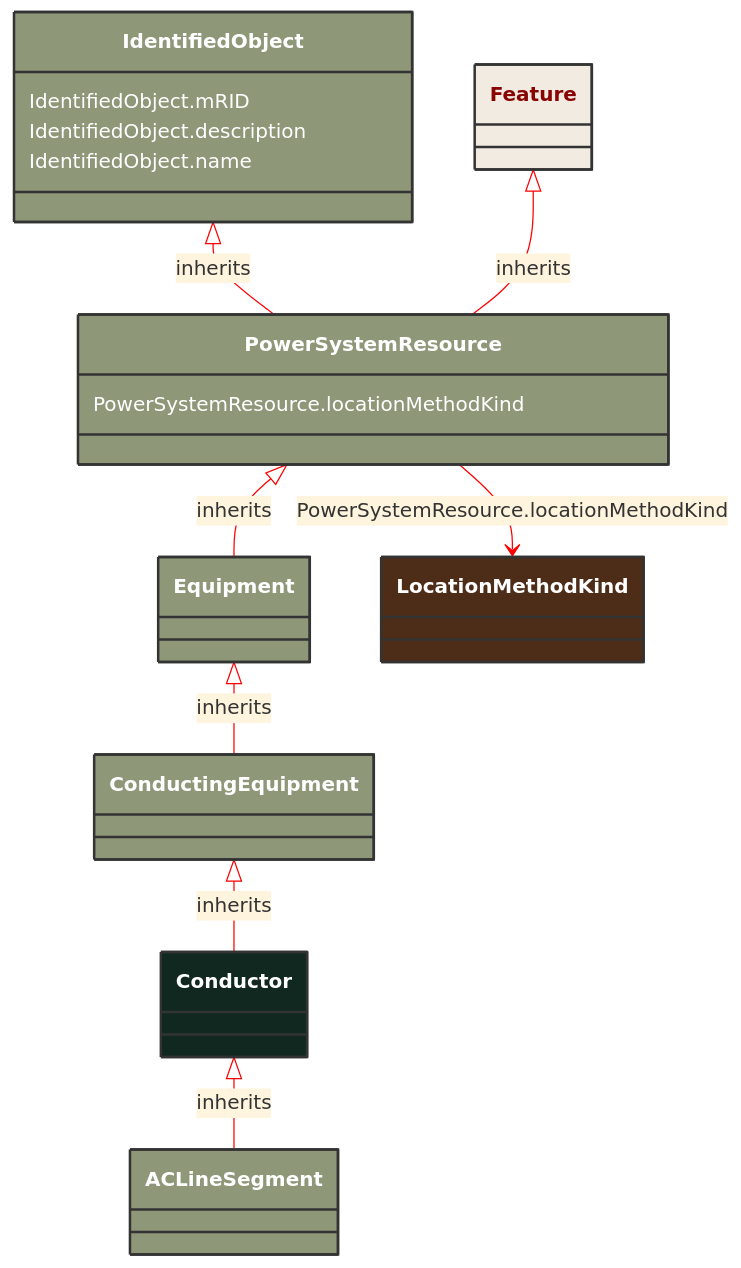
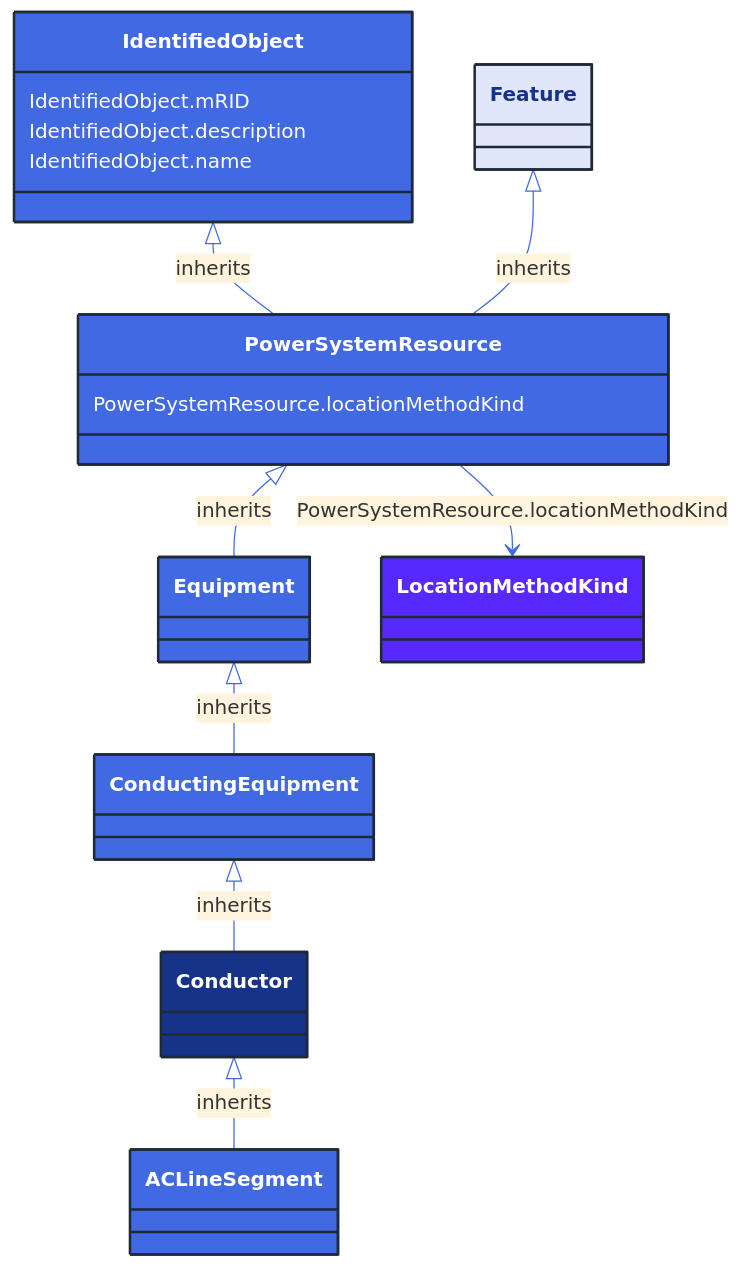
The diagram in docs/Models/Profiles/AviationObstacle/AbstractClasses/Conductor.md (3lbits/NoCIMExtensions), drawn with Mermaid before and after one commit. The commit also changed 362 other files, not shown here.

First line of the commit message:
Update diagrams and styles for improved visual consistency

````diff
--- a/docs/Models/Profiles/AviationObstacle/AbstractClasses/Conductor.md
+++ b/docs/Models/Profiles/AviationObstacle/AbstractClasses/Conductor.md
@@ -10,45 +10,45 @@
 ```mermaid
-%%{init: {'theme':'base','themeVariables': {'lineColor': '#FF0000'}}}%%
+%%{init: {'theme':'base','themeVariables': {'lineColor': '#4169E1'}}}%%
 classDiagram
     class Conductor
     click Conductor href "/Models/Profiles/AviationObstacle/AbstractClasses/Conductor/"
-    style Conductor fill:#102820,stroke:#333,stroke-width:2px,rx:10,ry:10,color:white
+    style Conductor fill:#163289,stroke:#1F2A37,stroke-width:2px,rx:10,ry:10,color:white
 
         Conductor <|-- ACLineSegment : inherits
 
         ACLineSegment
             click ACLineSegment href "/Models/Profiles/AviationObstacle/ConcreteClasses/ACLineSegment/"
-            style ACLineSegment fill:#8F9779,stroke:#333,stroke-width:2px,rx:10,ry:10,color:white
+            style ACLineSegment fill:#4169E1,stroke:#1F2A37,stroke-width:2px,rx:10,ry:10,color:white
      
         ConductingEquipment <|-- Conductor : inherits
             click ConductingEquipment href "/Models/Profiles/AviationObstacle/AbstractClasses/ConductingEquipment/"
-            style ConductingEquipment fill:#8F9779,stroke:#333,stroke-width:2px,rx:10,ry:10,color:white
+            style ConductingEquipment fill:#4169E1,stroke:#1F2A37,stroke-width:2px,rx:10,ry:10,color:white
      
         Equipment <|-- ConductingEquipment : inherits
             click Equipment href "/Models/Profiles/AviationObstacle/AbstractClasses/Equipment/"
-            style Equipment fill:#8F9779,stroke:#333,stroke-width:2px,rx:10,ry:10,color:white
+            style Equipment fill:#4169E1,stroke:#1F2A37,stroke-width:2px,rx:10,ry:10,color:white
      
         PowerSystemResource <|-- Equipment : inherits
             click PowerSystemResource href "/Models/Profiles/AviationObstacle/AbstractClasses/PowerSystemResource/"
-            style PowerSystemResource fill:#8F9779,stroke:#333,stroke-width:2px,rx:10,ry:10,color:white
+            style PowerSystemResource fill:#4169E1,stroke:#1F2A37,stroke-width:2px,rx:10,ry:10,color:white
      
         IdentifiedObject <|-- PowerSystemResource : inherits
             click IdentifiedObject href "/Models/Profiles/AviationObstacle/AbstractClasses/IdentifiedObject/"
-            style IdentifiedObject fill:#8F9779,stroke:#333,stroke-width:2px,rx:10,ry:10,color:white
+            style IdentifiedObject fill:#4169E1,stroke:#1F2A37,stroke-width:2px,rx:10,ry:10,color:white
 
         Feature <|-- PowerSystemResource : inherits
             click Feature href "/Models/Profiles/AviationObstacle/AbstractClasses/Feature/"
-            style Feature fill:#F2EBE2,stroke:#333,stroke-width:2px,rx:10,ry:10,color:#8A0303
+            style Feature fill:#E0E7FA,stroke:#1F2A37,stroke-width:2px,rx:10,ry:10,color:#163289
 
 
         PowerSystemResource --> LocationMethodKind : PowerSystemResource.locationMethodKind
 
         LocationMethodKind
             click LocationMethodKind href "/Models/Profiles/AviationObstacle/Enumerations/LocationMethodKind/"
-            style LocationMethodKind fill:#4D2D18,stroke:#333,stroke-width:2px,rx:10,ry:10,color:white
+            style LocationMethodKind fill:#5729FF,stroke:#1F2A37,stroke-width:2px,rx:10,ry:10,color:white
 
         PowerSystemResource : PowerSystemResource.locationMethodKind
         IdentifiedObject : IdentifiedObject.mRID
         IdentifiedObject : IdentifiedObject.description
         IdentifiedObject : IdentifiedObject.name
 ```
````
